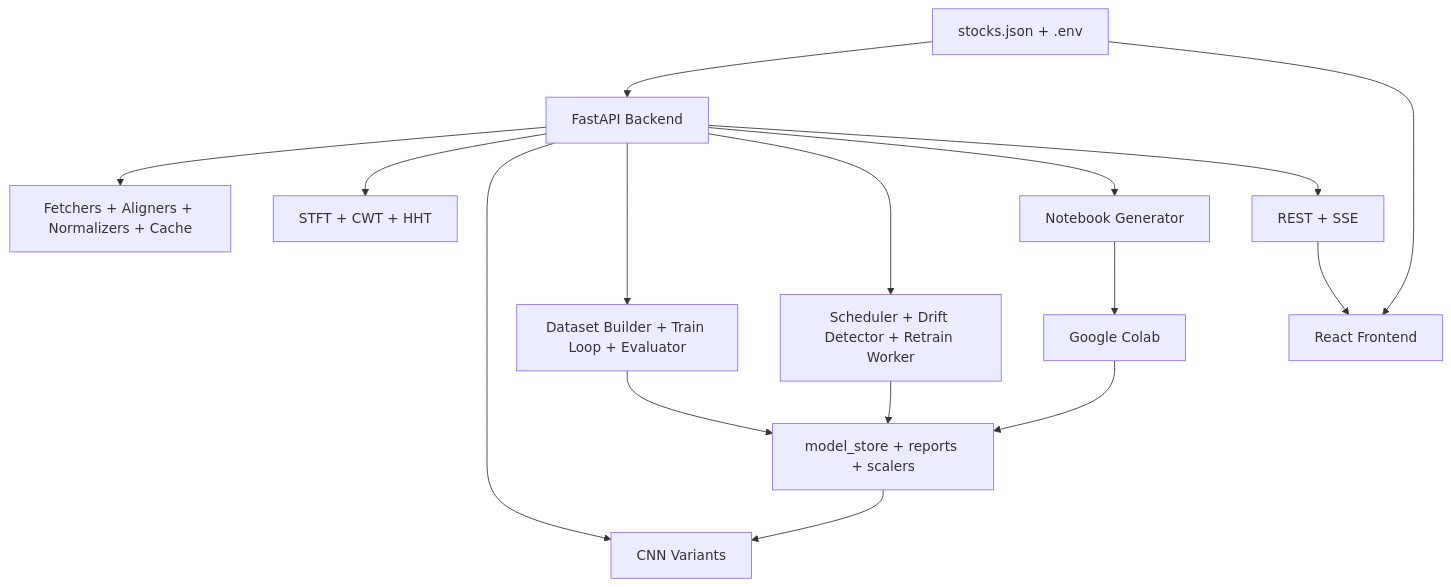
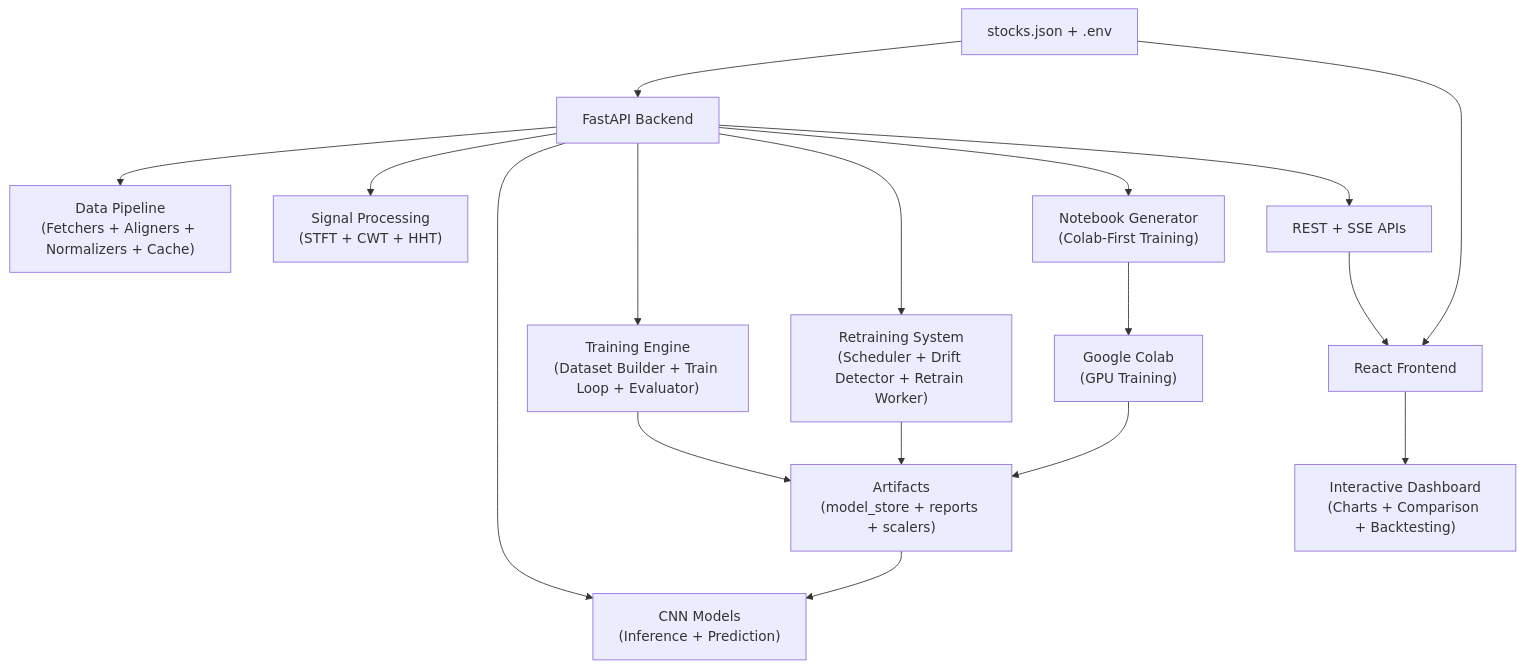
Before and after one commit to gabsgj/ChronoSpectra: the diagram in README.md, drawn with Mermaid. The commit also changed other lines of this file and 46 other files, not shown here.

````diff
--- a/README.md
+++ b/README.md
@@ -118,21 +223,22 @@
 ```mermaid
 flowchart TD
-		Config[stocks.json + .env] --> Backend[FastAPI Backend]
-		Config --> Frontend[React Frontend]
+		Config["stocks.json + .env"] --> Backend["FastAPI Backend"]
+		Config --> Frontend["React Frontend"]
 
-		Backend --> DataLayer[Fetchers + Aligners + Normalizers + Cache]
-		Backend --> SignalLayer[STFT + CWT + HHT]
-		Backend --> ModelLayer[CNN Variants]
-		Backend --> TrainLayer[Dataset Builder + Train Loop + Evaluator]
-		Backend --> RetrainLayer[Scheduler + Drift Detector + Retrain Worker]
-		Backend --> NotebookLayer[Notebook Generator]
+		Backend --> DataLayer["Data Pipeline<br/>(Fetchers + Aligners + Normalizers + Cache)"]
+		Backend --> SignalLayer["Signal Processing<br/>(STFT + CWT + HHT)"]
+		Backend --> ModelLayer["CNN Models<br/>(Inference + Prediction)"]
+		Backend --> TrainLayer["Training Engine<br/>(Dataset Builder + Train Loop + Evaluator)"]
+		Backend --> RetrainLayer["Retraining System<br/>(Scheduler + Drift Detector + Retrain Worker)"]
+		Backend --> NotebookLayer["Notebook Generator<br/>(Colab-First Training)"]
 
-		ModelArtifacts[model_store + reports + scalers] --> ModelLayer
+		ModelArtifacts["Artifacts<br/>(model_store + reports + scalers)"] --> ModelLayer
 		TrainLayer --> ModelArtifacts
 		RetrainLayer --> ModelArtifacts
-		NotebookLayer --> Colab[Google Colab]
+		NotebookLayer --> Colab["Google Colab<br/>(GPU Training)"]
 		Colab --> ModelArtifacts
 
-		Backend --> APIs[REST + SSE]
+		Backend --> APIs["REST + SSE APIs"]
 		APIs --> Frontend
+		Frontend --> Dashboard["Interactive Dashboard<br/>(Charts + Comparison + Backtesting)"]
 ```
````
